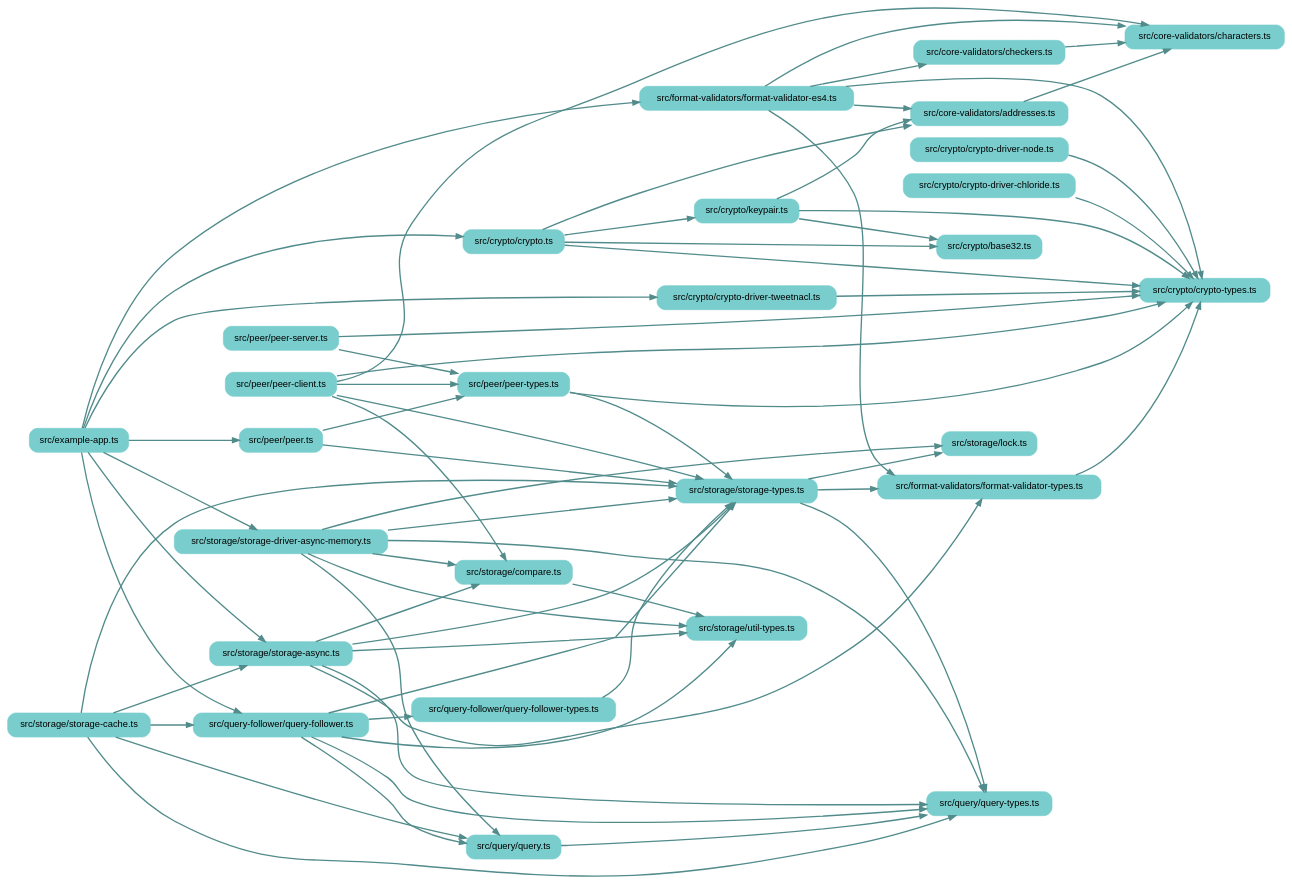
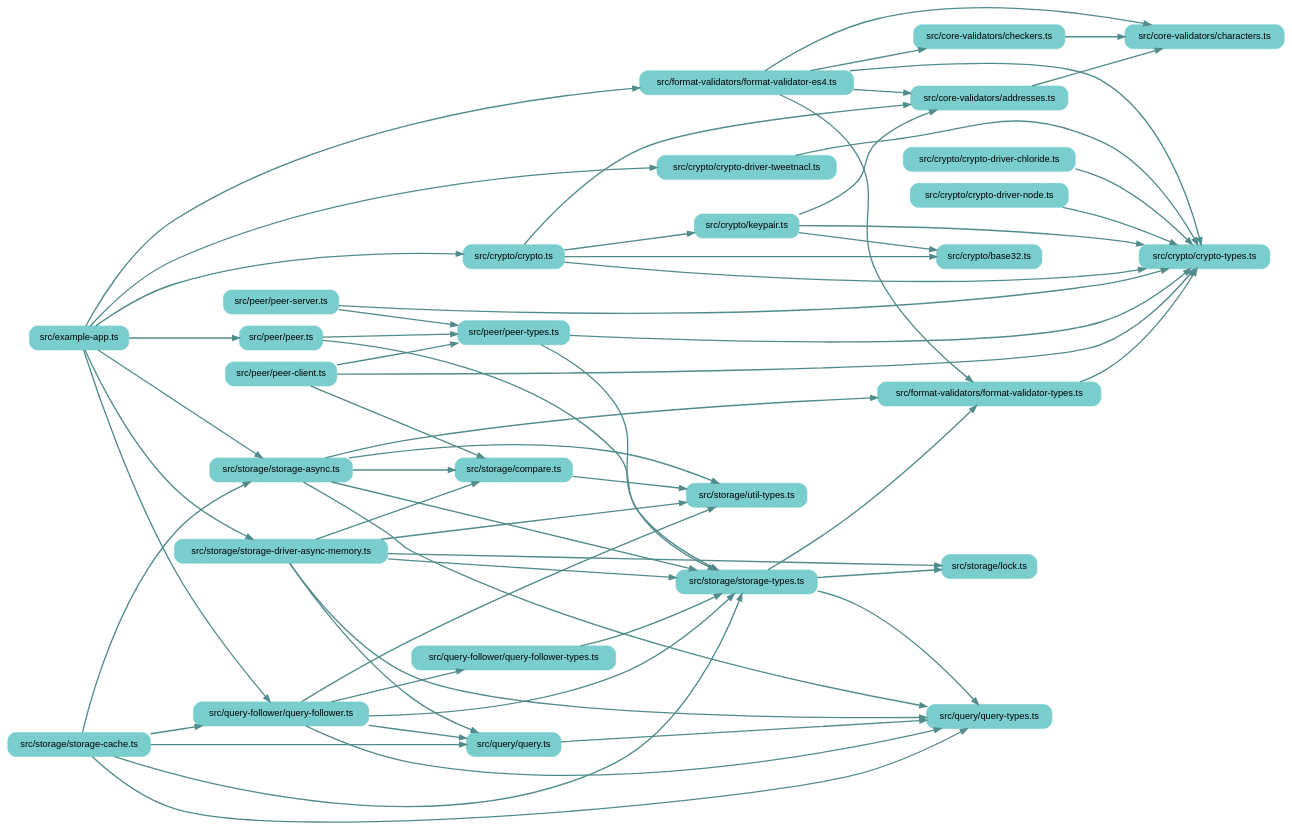
One commit to earthstar-project/earthstar changed the diagram in depchart/depchart-loose.dot. Above: the diagram before and after it, drawn with Graphviz. The commit also changed 12 other files, not shown here.

```diff
--- a/depchart/depchart-loose.dot
+++ b/depchart/depchart-loose.dot
@@ -1,108 +1,106 @@
 
 digraph G {
     //splines=line;
     //splines=polyline;
     splines=true;
     rankdir=LR;
     //newrank=true;
     compound=true;
     graph [fontname = "helvetica"];  // dpi=72
     node [fontname = "helvetica"];
     edge [fontname = "helvetica"];
     
     // files in their folder clusters
         "src/example-app.ts" [label="src/example-app.ts", shape=rectangle; style="rounded,filled"; color=darkslategray3];
         "src/core-validators/addresses.ts" [label="src/core-validators/addresses.ts", shape=rectangle; style="rounded,filled"; color=darkslategray3];
             "src/core-validators/characters.ts" [label="src/core-validators/characters.ts", shape=rectangle; style="rounded,filled"; color=darkslategray3];
             "src/core-validators/checkers.ts" [label="src/core-validators/checkers.ts", shape=rectangle; style="rounded,filled"; color=darkslategray3];
         "src/crypto/base32.ts" [label="src/crypto/base32.ts", shape=rectangle; style="rounded,filled"; color=darkslategray3];
             "src/crypto/crypto-driver-chloride.ts" [label="src/crypto/crypto-driver-chloride.ts", shape=rectangle; style="rounded,filled"; color=darkslategray3];
             "src/crypto/crypto-driver-node.ts" [label="src/crypto/crypto-driver-node.ts", shape=rectangle; style="rounded,filled"; color=darkslategray3];
             "src/crypto/crypto-driver-tweetnacl.ts" [label="src/crypto/crypto-driver-tweetnacl.ts", shape=rectangle; style="rounded,filled"; color=darkslategray3];
             "src/crypto/crypto-types.ts" [label="src/crypto/crypto-types.ts", shape=rectangle; style="rounded,filled"; color=darkslategray3];
             "src/crypto/crypto.ts" [label="src/crypto/crypto.ts", shape=rectangle; style="rounded,filled"; color=darkslategray3];
             "src/crypto/keypair.ts" [label="src/crypto/keypair.ts", shape=rectangle; style="rounded,filled"; color=darkslategray3];
         "src/format-validators/format-validator-es4.ts" [label="src/format-validators/format-validator-es4.ts", shape=rectangle; style="rounded,filled"; color=darkslategray3];
             "src/format-validators/format-validator-types.ts" [label="src/format-validators/format-validator-types.ts", shape=rectangle; style="rounded,filled"; color=darkslategray3];
         "src/peer/peer-client.ts" [label="src/peer/peer-client.ts", shape=rectangle; style="rounded,filled"; color=darkslategray3];
             "src/peer/peer-server.ts" [label="src/peer/peer-server.ts", shape=rectangle; style="rounded,filled"; color=darkslategray3];
             "src/peer/peer-types.ts" [label="src/peer/peer-types.ts", shape=rectangle; style="rounded,filled"; color=darkslategray3];
             "src/peer/peer.ts" [label="src/peer/peer.ts", shape=rectangle; style="rounded,filled"; color=darkslategray3];
         "src/query-follower/query-follower-types.ts" [label="src/query-follower/query-follower-types.ts", shape=rectangle; style="rounded,filled"; color=darkslategray3];
             "src/query-follower/query-follower.ts" [label="src/query-follower/query-follower.ts", shape=rectangle; style="rounded,filled"; color=darkslategray3];
         "src/query/query-types.ts" [label="src/query/query-types.ts", shape=rectangle; style="rounded,filled"; color=darkslategray3];
             "src/query/query.ts" [label="src/query/query.ts", shape=rectangle; style="rounded,filled"; color=darkslategray3];
         "src/storage/compare.ts" [label="src/storage/compare.ts", shape=rectangle; style="rounded,filled"; color=darkslategray3];
             "src/storage/lock.ts" [label="src/storage/lock.ts", shape=rectangle; style="rounded,filled"; color=darkslategray3];
             "src/storage/storage-async.ts" [label="src/storage/storage-async.ts", shape=rectangle; style="rounded,filled"; color=darkslategray3];
             "src/storage/storage-cache.ts" [label="src/storage/storage-cache.ts", shape=rectangle; style="rounded,filled"; color=darkslategray3];
             "src/storage/storage-driver-async-memory.ts" [label="src/storage/storage-driver-async-memory.ts", shape=rectangle; style="rounded,filled"; color=darkslategray3];
             "src/storage/storage-types.ts" [label="src/storage/storage-types.ts", shape=rectangle; style="rounded,filled"; color=darkslategray3];
             "src/storage/util-types.ts" [label="src/storage/util-types.ts", shape=rectangle; style="rounded,filled"; color=darkslategray3];
 
     // edges between files
     "src/core-validators/addresses.ts" -> "src/core-validators/characters.ts" [penwidth=2; color=darkslategray4];
     "src/core-validators/checkers.ts" -> "src/core-validators/characters.ts" [penwidth=2; color=darkslategray4];
     "src/crypto/crypto-driver-chloride.ts" -> "src/crypto/crypto-types.ts" [penwidth=2; color=darkslategray4];
     "src/crypto/crypto-driver-node.ts" -> "src/crypto/crypto-types.ts" [penwidth=2; color=darkslategray4];
     "src/crypto/crypto-driver-tweetnacl.ts" -> "src/crypto/crypto-types.ts" [penwidth=2; color=darkslategray4];
     "src/crypto/crypto.ts" -> "src/crypto/crypto-types.ts" [penwidth=2; color=darkslategray4];
     "src/crypto/crypto.ts" -> "src/crypto/base32.ts" [penwidth=2; color=darkslategray4];
     "src/crypto/crypto.ts" -> "src/crypto/keypair.ts" [penwidth=2; color=darkslategray4];
     "src/crypto/crypto.ts" -> "src/core-validators/addresses.ts" [penwidth=2; color=darkslategray4];
     "src/crypto/keypair.ts" -> "src/crypto/base32.ts" [penwidth=2; color=darkslategray4];
     "src/crypto/keypair.ts" -> "src/crypto/crypto-types.ts" [penwidth=2; color=darkslategray4];
     "src/crypto/keypair.ts" -> "src/core-validators/addresses.ts" [penwidth=2; color=darkslategray4];
     "src/example-app.ts" -> "src/format-validators/format-validator-es4.ts" [penwidth=2; color=darkslategray4];
     "src/example-app.ts" -> "src/storage/storage-driver-async-memory.ts" [penwidth=2; color=darkslategray4];
     "src/example-app.ts" -> "src/storage/storage-async.ts" [penwidth=2; color=darkslategray4];
     "src/example-app.ts" -> "src/crypto/crypto.ts" [penwidth=2; color=darkslategray4];
     "src/example-app.ts" -> "src/crypto/crypto-driver-tweetnacl.ts" [penwidth=2; color=darkslategray4];
     "src/example-app.ts" -> "src/query-follower/query-follower.ts" [penwidth=2; color=darkslategray4];
     "src/example-app.ts" -> "src/peer/peer.ts" [penwidth=2; color=darkslategray4];
     "src/format-validators/format-validator-es4.ts" -> "src/format-validators/format-validator-types.ts" [penwidth=2; color=darkslategray4];
     "src/format-validators/format-validator-es4.ts" -> "src/crypto/crypto-types.ts" [penwidth=2; color=darkslategray4];
     "src/format-validators/format-validator-es4.ts" -> "src/core-validators/characters.ts" [penwidth=2; color=darkslategray4];
     "src/format-validators/format-validator-es4.ts" -> "src/core-validators/checkers.ts" [penwidth=2; color=darkslategray4];
     "src/format-validators/format-validator-es4.ts" -> "src/core-validators/addresses.ts" [penwidth=2; color=darkslategray4];
     "src/format-validators/format-validator-types.ts" -> "src/crypto/crypto-types.ts" [penwidth=2; color=darkslategray4];
     "src/peer/peer-client.ts" -> "src/crypto/crypto-types.ts" [penwidth=2; color=darkslategray4];
-    "src/peer/peer-client.ts" -> "src/storage/storage-types.ts" [penwidth=2; color=darkslategray4];
     "src/peer/peer-client.ts" -> "src/peer/peer-types.ts" [penwidth=2; color=darkslategray4];
     "src/peer/peer-client.ts" -> "src/storage/compare.ts" [penwidth=2; color=darkslategray4];
-    "src/peer/peer-client.ts" -> "src/core-validators/characters.ts" [penwidth=2; color=darkslategray4];
     "src/peer/peer-server.ts" -> "src/crypto/crypto-types.ts" [penwidth=2; color=darkslategray4];
     "src/peer/peer-server.ts" -> "src/peer/peer-types.ts" [penwidth=2; color=darkslategray4];
     "src/peer/peer-types.ts" -> "src/storage/storage-types.ts" [penwidth=2; color=darkslategray4];
     "src/peer/peer-types.ts" -> "src/crypto/crypto-types.ts" [penwidth=2; color=darkslategray4];
     "src/peer/peer.ts" -> "src/storage/storage-types.ts" [penwidth=2; color=darkslategray4];
     "src/peer/peer.ts" -> "src/peer/peer-types.ts" [penwidth=2; color=darkslategray4];
     "src/query-follower/query-follower-types.ts" -> "src/storage/storage-types.ts" [penwidth=2; color=darkslategray4];
     "src/query-follower/query-follower.ts" -> "src/storage/util-types.ts" [penwidth=2; color=darkslategray4];
     "src/query-follower/query-follower.ts" -> "src/query/query-types.ts" [penwidth=2; color=darkslategray4];
     "src/query-follower/query-follower.ts" -> "src/storage/storage-types.ts" [penwidth=2; color=darkslategray4];
     "src/query-follower/query-follower.ts" -> "src/query/query.ts" [penwidth=2; color=darkslategray4];
     "src/query-follower/query-follower.ts" -> "src/query-follower/query-follower-types.ts" [penwidth=2; color=darkslategray4];
     "src/query/query.ts" -> "src/query/query-types.ts" [penwidth=2; color=darkslategray4];
     "src/storage/compare.ts" -> "src/storage/util-types.ts" [penwidth=2; color=darkslategray4];
     "src/storage/storage-async.ts" -> "src/storage/util-types.ts" [penwidth=2; color=darkslategray4];
     "src/storage/storage-async.ts" -> "src/query/query-types.ts" [penwidth=2; color=darkslategray4];
     "src/storage/storage-async.ts" -> "src/storage/storage-types.ts" [penwidth=2; color=darkslategray4];
     "src/storage/storage-async.ts" -> "src/format-validators/format-validator-types.ts" [penwidth=2; color=darkslategray4];
     "src/storage/storage-async.ts" -> "src/storage/compare.ts" [penwidth=2; color=darkslategray4];
     "src/storage/storage-cache.ts" -> "src/query/query.ts" [penwidth=2; color=darkslategray4];
     "src/storage/storage-cache.ts" -> "src/query-follower/query-follower.ts" [penwidth=2; color=darkslategray4];
     "src/storage/storage-cache.ts" -> "src/query/query-types.ts" [penwidth=2; color=darkslategray4];
     "src/storage/storage-cache.ts" -> "src/storage/storage-async.ts" [penwidth=2; color=darkslategray4];
     "src/storage/storage-cache.ts" -> "src/storage/storage-types.ts" [penwidth=2; color=darkslategray4];
     "src/storage/storage-driver-async-memory.ts" -> "src/storage/util-types.ts" [penwidth=2; color=darkslategray4];
     "src/storage/storage-driver-async-memory.ts" -> "src/query/query-types.ts" [penwidth=2; color=darkslategray4];
     "src/storage/storage-driver-async-memory.ts" -> "src/storage/storage-types.ts" [penwidth=2; color=darkslategray4];
     "src/storage/storage-driver-async-memory.ts" -> "src/storage/compare.ts" [penwidth=2; color=darkslategray4];
     "src/storage/storage-driver-async-memory.ts" -> "src/query/query.ts" [penwidth=2; color=darkslategray4];
     "src/storage/storage-driver-async-memory.ts" -> "src/storage/lock.ts" [penwidth=2; color=darkslategray4];
     "src/storage/storage-types.ts" -> "src/query/query-types.ts" [penwidth=2; color=darkslategray4];
     "src/storage/storage-types.ts" -> "src/format-validators/format-validator-types.ts" [penwidth=2; color=darkslategray4];
     "src/storage/storage-types.ts" -> "src/storage/lock.ts" [penwidth=2; color=darkslategray4];
 
 }
```
